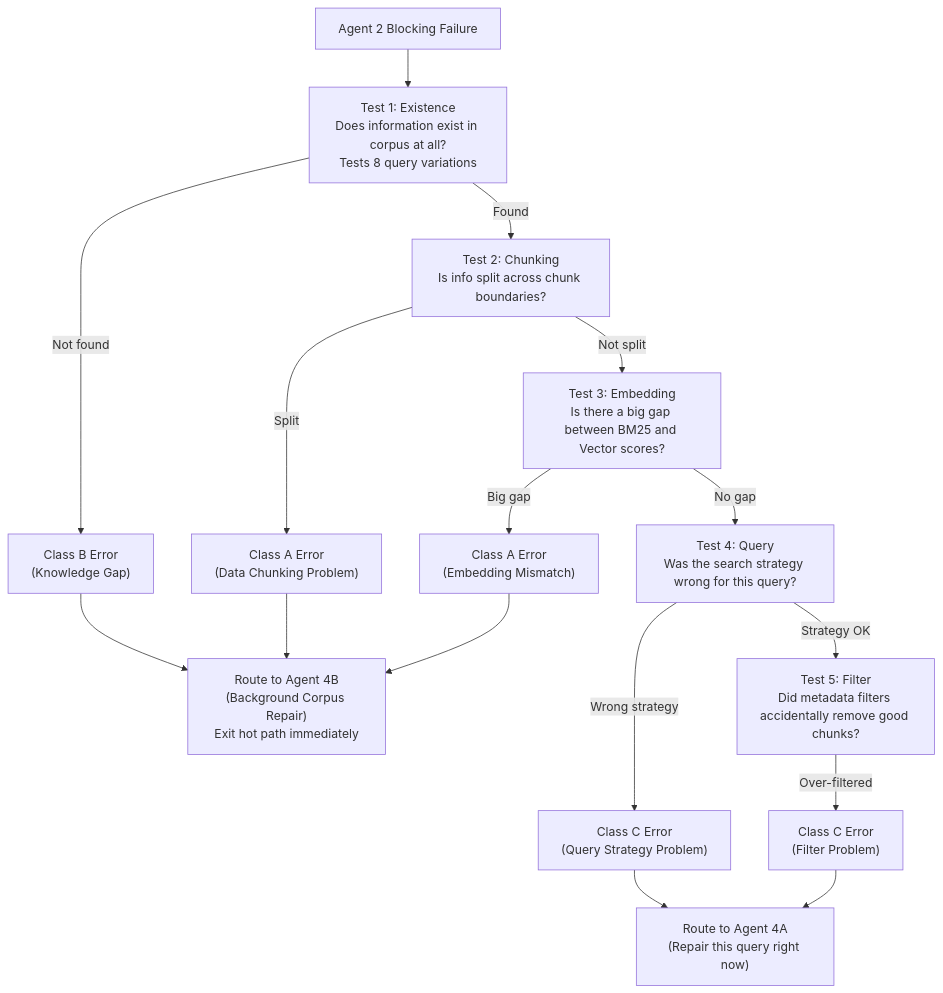
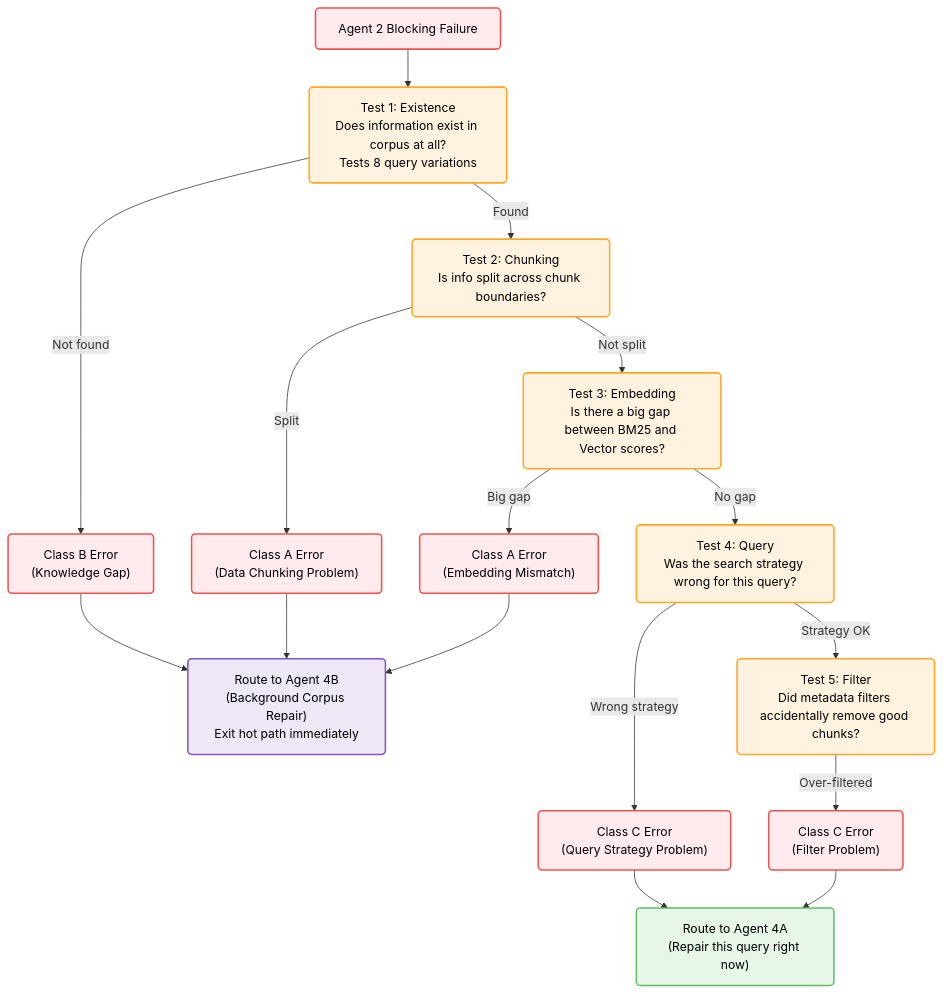
One commit to pavan939111/SelfLearning_Rag changed the sixth of 11 diagrams in ARCHITECTURE.md. Above: the diagram before and after it, drawn with Mermaid. The commit also changed other lines of this file, not shown here.

Commit message:
docs: apply pastel color grading to all diagrams in ARCHITECTURE.md to ensure high visibility and professional design

````diff
--- a/ARCHITECTURE.md
+++ b/ARCHITECTURE.md
@@ -217,21 +224,26 @@
 ```mermaid
 flowchart TD
-    FAIL["Agent 2 Blocking Failure"] --> T1
+    classDef fail fill:#ffebee,stroke:#ef5350,stroke-width:2px,color:#000,rx:5px
+    classDef test fill:#fff3e0,stroke:#ffa726,stroke-width:2px,color:#000,rx:5px
+    classDef coldpath fill:#ede7f6,stroke:#7e57c2,stroke-width:2px,color:#000,rx:5px
+    classDef hotpath fill:#e8f5e9,stroke:#66bb6a,stroke-width:2px,color:#000,rx:5px
 
-    T1["Test 1: Existence\nDoes information exist in corpus at all?\nTests 8 query variations"] -->|"Not found"| CA["Class B Error\n(Knowledge Gap)"]
+    FAIL["Agent 2 Blocking Failure"]:::fail --> T1
+
+    T1["Test 1: Existence\nDoes information exist in corpus at all?\nTests 8 query variations"]:::test -->|"Not found"| CA["Class B Error\n(Knowledge Gap)"]:::fail
     T1 -->|"Found"| T2
 
-    T2["Test 2: Chunking\nIs info split across chunk boundaries?"] -->|"Split"| CB["Class A Error\n(Data Chunking Problem)"]
+    T2["Test 2: Chunking\nIs info split across chunk boundaries?"]:::test -->|"Split"| CB["Class A Error\n(Data Chunking Problem)"]:::fail
     T2 -->|"Not split"| T3
 
-    T3["Test 3: Embedding\nIs there a big gap between BM25 and Vector scores?"] -->|"Big gap"| CC["Class A Error\n(Embedding Mismatch)"]
+    T3["Test 3: Embedding\nIs there a big gap between BM25 and Vector scores?"]:::test -->|"Big gap"| CC["Class A Error\n(Embedding Mismatch)"]:::fail
     T3 -->|"No gap"| T4
 
-    T4["Test 4: Query\nWas the search strategy wrong for this query?"] -->|"Wrong strategy"| CD["Class C Error\n(Query Strategy Problem)"]
+    T4["Test 4: Query\nWas the search strategy wrong for this query?"]:::test -->|"Wrong strategy"| CD["Class C Error\n(Query Strategy Problem)"]:::fail
     T4 -->|"Strategy OK"| T5
 
-    T5["Test 5: Filter\nDid metadata filters accidentally remove good chunks?"] -->|"Over-filtered"| CE["Class C Error\n(Filter Problem)"]
+    T5["Test 5: Filter\nDid metadata filters accidentally remove good chunks?"]:::test -->|"Over-filtered"| CE["Class C Error\n(Filter Problem)"]:::fail
 
-    CA & CB & CC --> ROUTE4B["Route to Agent 4B\n(Background Corpus Repair)\nExit hot path immediately"]
-    CD & CE --> ROUTE4A["Route to Agent 4A\n(Repair this query right now)"]
+    CA & CB & CC --> ROUTE4B["Route to Agent 4B\n(Background Corpus Repair)\nExit hot path immediately"]:::coldpath
+    CD & CE --> ROUTE4A["Route to Agent 4A\n(Repair this query right now)"]:::hotpath
 ```
````
